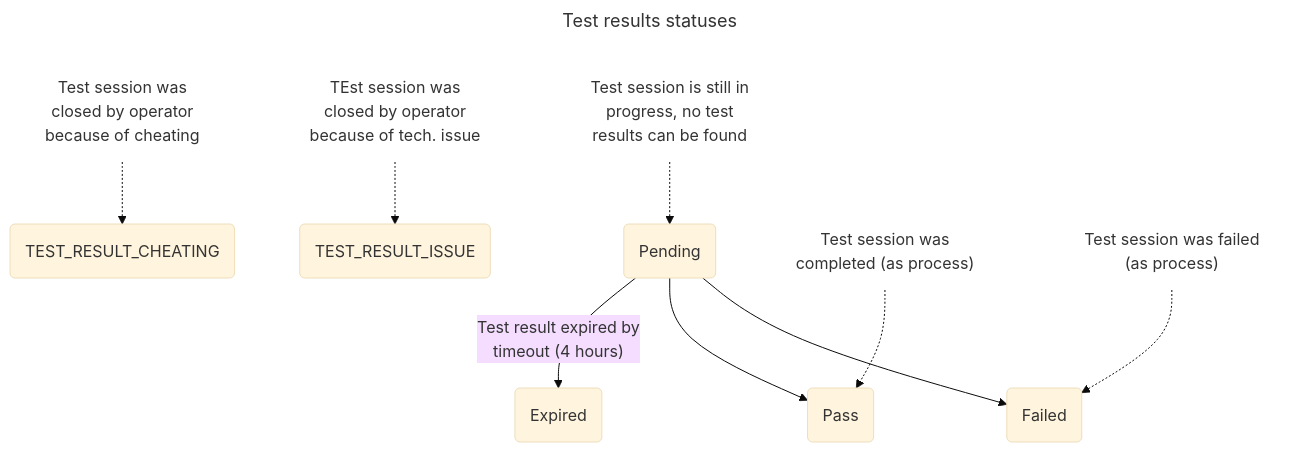
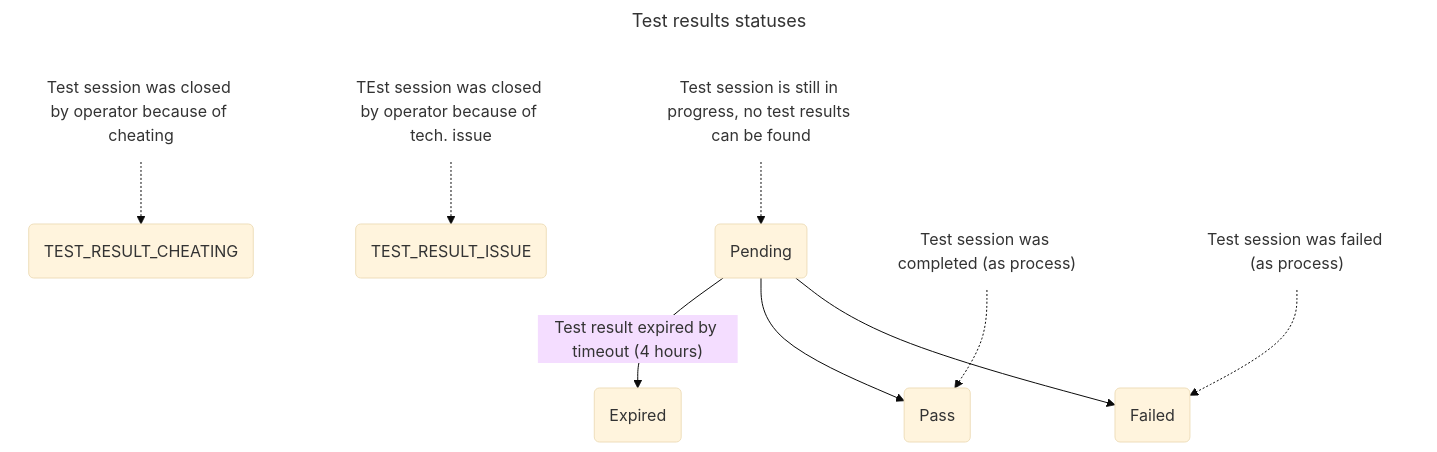
Before and after one commit to PavelBui/AtlasVault: the third of 3 diagrams in README.md, drawn with Mermaid (base theme). The commit also changed other lines of this file, not shown here.

Commit message:
Updated Mermaid

````diff
--- a/README.md
+++ b/README.md
@@ -102,15 +102,15 @@
 ```mermaid
 ---
 title: Test results statuses
 ---
 graph TD
-  TTRC[Test session was<br>closed by operator<br>because of cheating]:::noBorder-.->TRC(TEST_RESULT_CHEATING)
-  TTRI[TEst session was<br>closed by operator<br>because of tech. issue]:::noBorder-.->TRI(TEST_RESULT_ISSUE)
-  TP[Test session is still in<br>progress, no test<br>results can be found]:::noBorder-.->P(Pending)
-  TPa["Test session was<br>completed (as process)"]:::noBorder-.->Pa(Pass)
-  TF["Test session was failed<br>(as process)"]:::noBorder-.->F(Failed)
-  P-- "Test result expired by<br>timeout (4 hours)" -->E(Expired);
+  TTRC[Test session was closed by operator because of cheating]:::noBorder-.->TRC(TEST_RESULT_CHEATING)
+  TTRI[TEst session was closed by operator because of tech. issue]:::noBorder-.->TRI(TEST_RESULT_ISSUE)
+  TP[Test session is still in progress, no test results can be found]:::noBorder-.->P(Pending)
+  TPa["Test session was completed (as process)"]:::noBorder-.->Pa(Pass)
+  TF["Test session was failed (as process)"]:::noBorder-.->F(Failed)
+  P-- "Test result expired by timeout (4 hours)" -->E(Expired);
   P-->Pa;
   P-->F;
   classDef noBorder stroke-width:0,fill:transparent;
 ```
````
